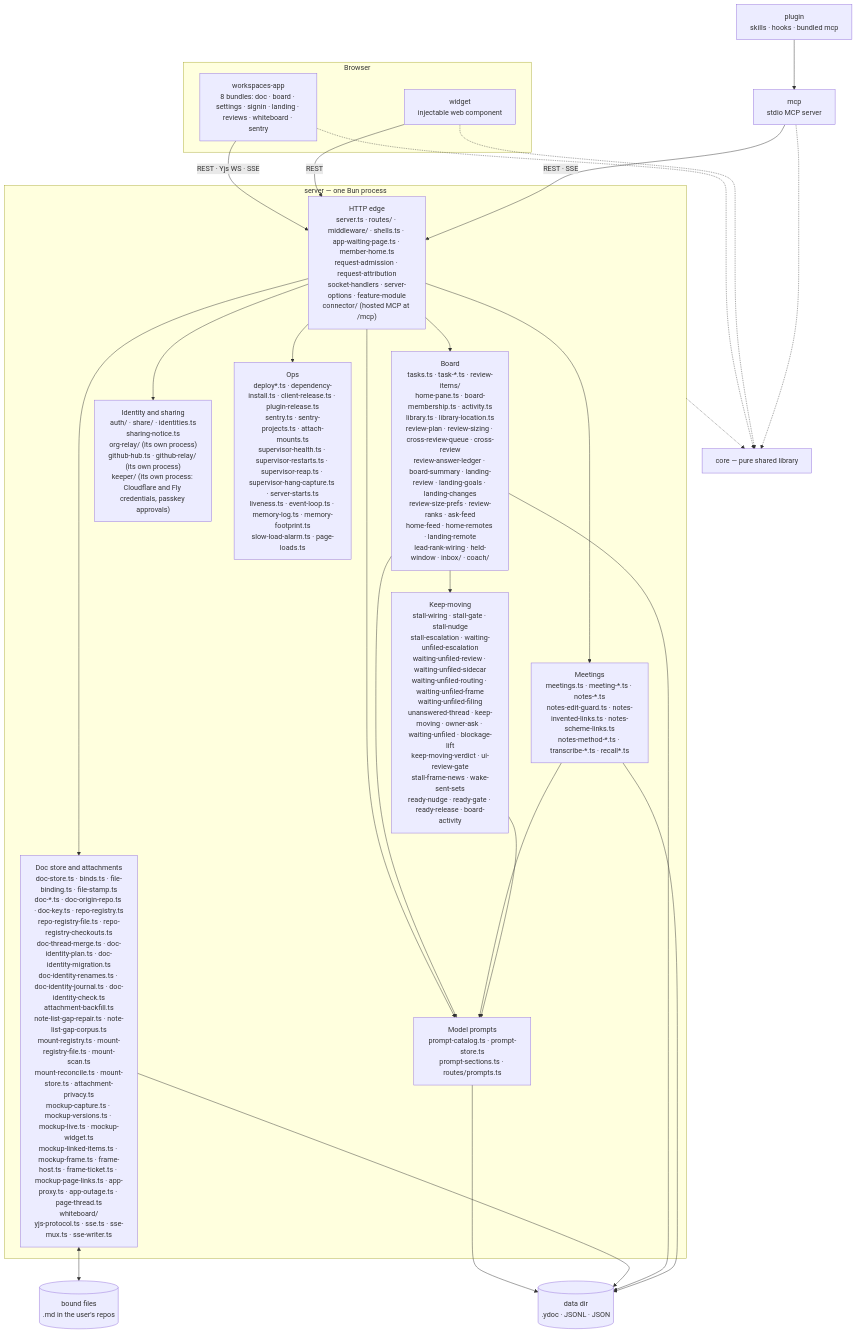
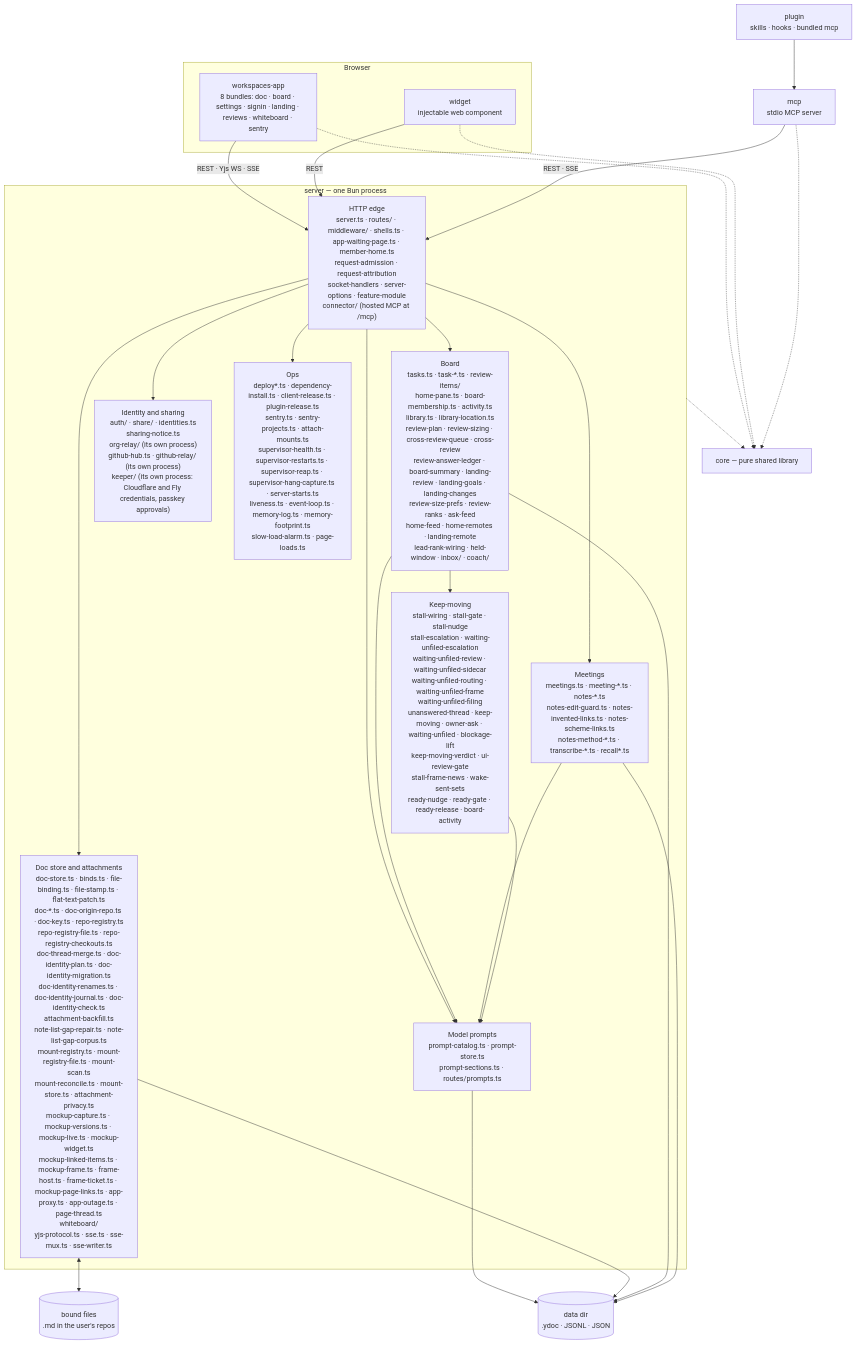
One commit to fryanpan/claude-workspaces-plugin changed the first of 2 diagrams in docs/architecture/overview.md. Above: the diagram before and after it, drawn with Mermaid. The commit also changed other lines of this file and 10 other files, not shown here.

````diff
--- a/docs/architecture/overview.md
+++ b/docs/architecture/overview.md
@@ -45,35 +45,35 @@
 ```mermaid
 flowchart TB
   subgraph browser[Browser]
     app["workspaces-app<br/>8 bundles: doc · board · settings · signin · landing · reviews · whiteboard · sentry"]
     wid["widget<br/>injectable web component"]
   end
   plug["plugin<br/>skills · hooks · bundled mcp"]
   mcp["mcp<br/>stdio MCP server"]
   subgraph srv["server — one Bun process"]
     edge["HTTP edge<br/>server.ts · routes/ · middleware/ · shells.ts · app-waiting-page.ts · member-home.ts<br/>request-admission · request-attribution<br/>socket-handlers · server-options · feature-module<br/>connector/ (hosted MCP at /mcp)"]
-    docs["Doc store and attachments<br/>doc-store.ts · binds.ts · file-binding.ts · file-stamp.ts<br/>doc-*.ts · doc-origin-repo.ts · doc-key.ts · repo-registry.ts<br/>repo-registry-file.ts · repo-registry-checkouts.ts<br/>doc-thread-merge.ts · doc-identity-plan.ts · doc-identity-migration.ts<br/>doc-identity-renames.ts · doc-identity-journal.ts · doc-identity-check.ts<br/>attachment-backfill.ts<br/>note-list-gap-repair.ts · note-list-gap-corpus.ts<br/>mount-registry.ts · mount-registry-file.ts · mount-scan.ts<br/>mount-reconcile.ts · mount-store.ts · attachment-privacy.ts<br/>mockup-capture.ts · mockup-versions.ts · mockup-live.ts · mockup-widget.ts<br/>mockup-linked-items.ts · mockup-frame.ts · frame-host.ts · frame-ticket.ts · mockup-page-links.ts · app-proxy.ts · app-outage.ts · page-thread.ts<br/>whiteboard/<br/>yjs-protocol.ts · sse.ts · sse-mux.ts · sse-writer.ts"]
+    docs["Doc store and attachments<br/>doc-store.ts · binds.ts · file-binding.ts · file-stamp.ts · flat-text-patch.ts<br/>doc-*.ts · doc-origin-repo.ts · doc-key.ts · repo-registry.ts<br/>repo-registry-file.ts · repo-registry-checkouts.ts<br/>doc-thread-merge.ts · doc-identity-plan.ts · doc-identity-migration.ts<br/>doc-identity-renames.ts · doc-identity-journal.ts · doc-identity-check.ts<br/>attachment-backfill.ts<br/>note-list-gap-repair.ts · note-list-gap-corpus.ts<br/>mount-registry.ts · mount-registry-file.ts · mount-scan.ts<br/>mount-reconcile.ts · mount-store.ts · attachment-privacy.ts<br/>mockup-capture.ts · mockup-versions.ts · mockup-live.ts · mockup-widget.ts<br/>mockup-linked-items.ts · mockup-frame.ts · frame-host.ts · frame-ticket.ts · mockup-page-links.ts · app-proxy.ts · app-outage.ts · page-thread.ts<br/>whiteboard/<br/>yjs-protocol.ts · sse.ts · sse-mux.ts · sse-writer.ts"]
     board["Board<br/>tasks.ts · task-*.ts · review-items/<br/>home-pane.ts · board-membership.ts · activity.ts<br/>library.ts · library-location.ts<br/>review-plan · review-sizing · cross-review-queue · cross-review<br/>review-answer-ledger · board-summary · landing-review · landing-goals · landing-changes<br/>review-size-prefs · review-ranks · ask-feed<br/>home-feed · home-remotes · landing-remote<br/>lead-rank-wiring · held-window · inbox/ · coach/"]
     meet["Meetings<br/>meetings.ts · meeting-*.ts · notes-*.ts<br/>notes-edit-guard.ts · notes-invented-links.ts · notes-scheme-links.ts<br/>notes-method-*.ts · transcribe-*.ts · recall*.ts"]
     keep["Keep-moving<br/>stall-wiring · stall-gate · stall-nudge<br/>stall-escalation · waiting-unfiled-escalation<br/>waiting-unfiled-review · waiting-unfiled-sidecar<br/>waiting-unfiled-routing · waiting-unfiled-frame<br/>waiting-unfiled-filing<br/>unanswered-thread · keep-moving · owner-ask · waiting-unfiled · blockage-lift<br/>keep-moving-verdict · ui-review-gate<br/>stall-frame-news · wake-sent-sets<br/>ready-nudge · ready-gate · ready-release · board-activity"]
     ident["Identity and sharing<br/>auth/ · share/ · identities.ts<br/>sharing-notice.ts<br/>org-relay/ (its own process)<br/>github-hub.ts · github-relay/ (its own process)<br/>keeper/ (its own process: Cloudflare and Fly credentials, passkey approvals)"]
     prompts["Model prompts<br/>prompt-catalog.ts · prompt-store.ts<br/>prompt-sections.ts · routes/prompts.ts"]
     ops["Ops<br/>deploy*.ts · dependency-install.ts · client-release.ts · plugin-release.ts<br/>sentry.ts · sentry-projects.ts · attach-mounts.ts<br/>supervisor-health.ts · supervisor-restarts.ts · supervisor-reap.ts · supervisor-hang-capture.ts · server-starts.ts<br/>liveness.ts · event-loop.ts · memory-log.ts · memory-footprint.ts<br/>slow-load-alarm.ts · page-loads.ts"]
   end
   core["core — pure shared library"]
   disk[("data dir<br/>.ydoc · JSONL · JSON")]
   files[("bound files<br/>.md in the user's repos")]
 
   app -->|"REST · Yjs WS · SSE"| edge
   wid -->|REST| edge
   plug --> mcp
   mcp -->|"REST · SSE"| edge
   edge --> docs & board & meet & ident & ops & prompts
   board & meet & keep --> prompts
   prompts --> disk
   board --> keep
   docs <--> files
   docs & board & meet --> disk
   app & wid & mcp -.-> core
   srv -.-> core
 ```
````
